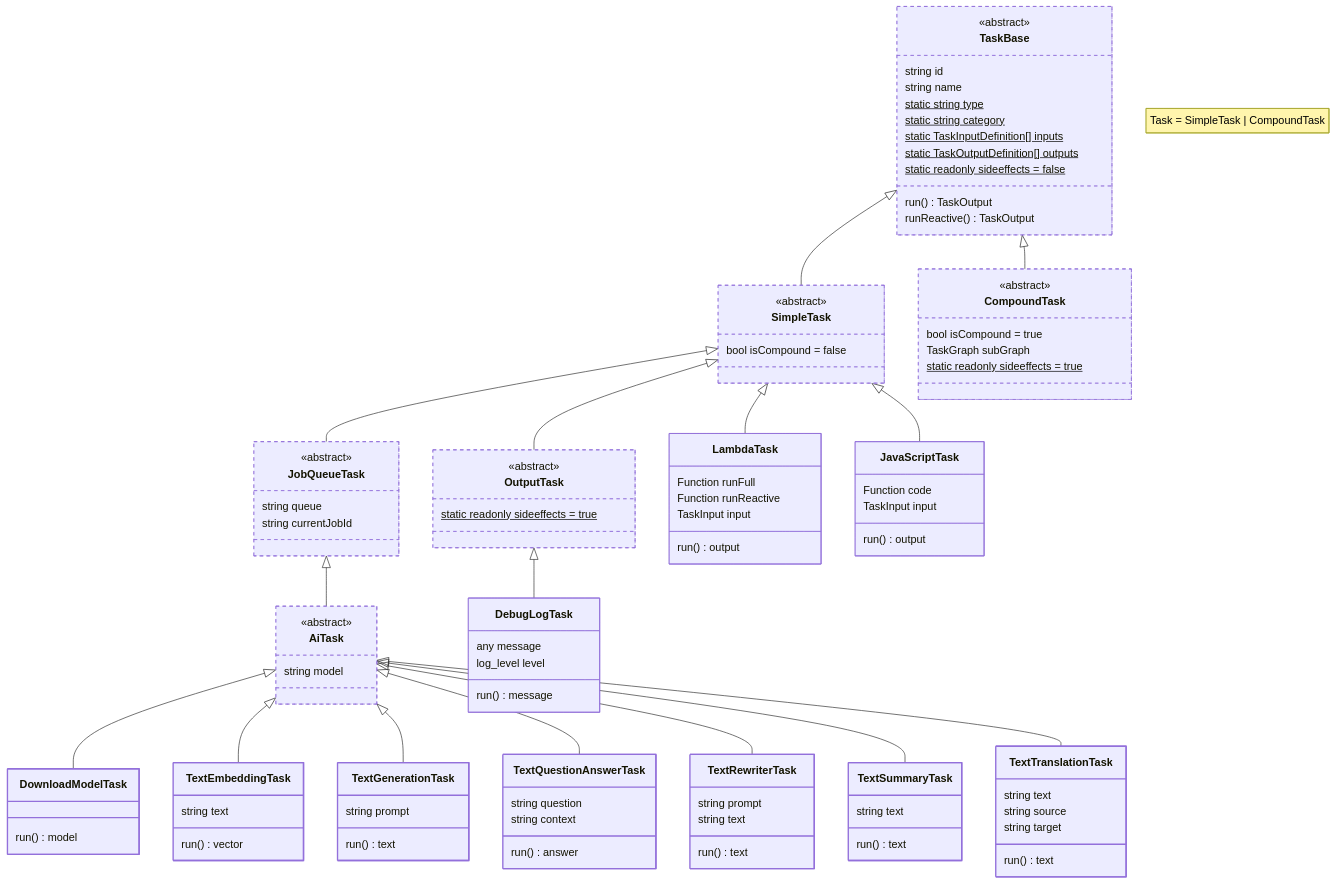
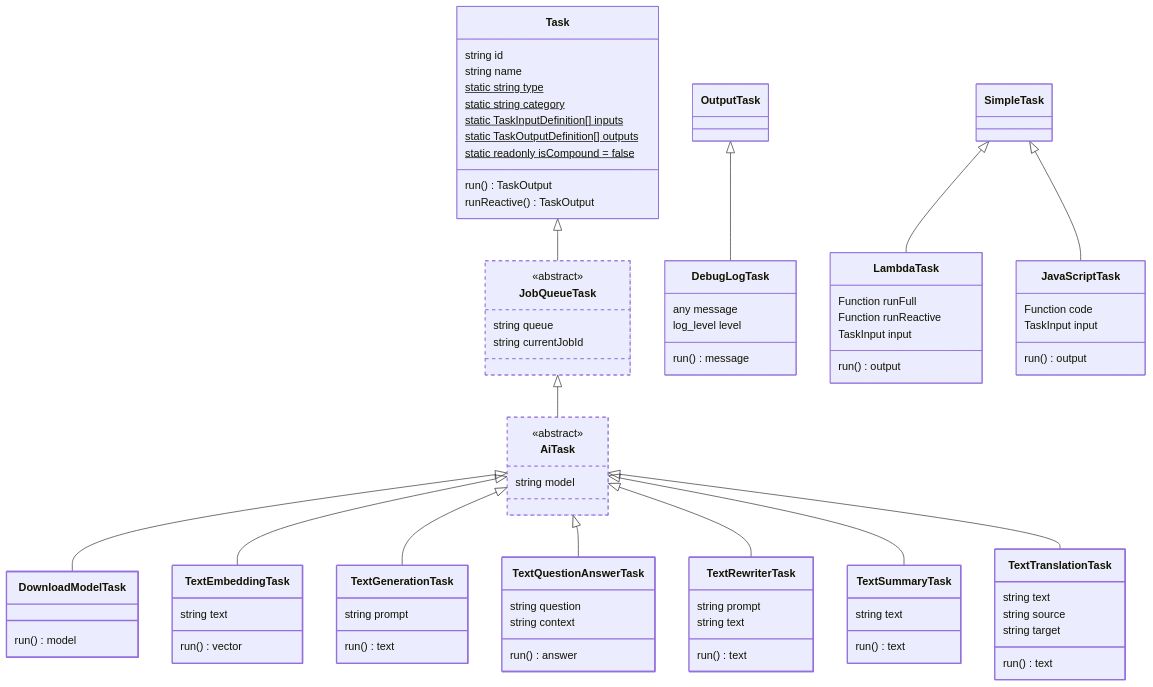
The second of 5 diagrams in docs/developers/02_architecture.md (PodleyAI/podley), drawn with Mermaid before and after one commit. The commit also changed other lines of this file and 47 other files, not shown here.

````diff
--- a/docs/developers/02_architecture.md
+++ b/docs/developers/02_architecture.md
@@ -112,51 +108,24 @@
 ```mermaid
 classDiagram
 
-    note "Task = SimpleTask | CompoundTask"
-
-    class TaskBase{
+    class Task{
       string id
       string name
       static string type$
       static string category$
       static TaskInputDefinition[] inputs$
       static TaskOutputDefinition[] outputs$
-      static readonly sideeffects = false$
+      static readonly isCompound = false$
       run() TaskOutput
       runReactive() TaskOutput
     }
-    <<abstract>> TaskBase
-    style TaskBase type:abstract,stroke-dasharray: 5 5
-
-    class SimpleTask{
-      bool isCompound = false
-    }
-    <<abstract>> SimpleTask
-    TaskBase <|-- SimpleTask
-    style SimpleTask type:abstract,stroke-dasharray: 5 5
-
-    class CompoundTask{
-      bool isCompound = true
-      TaskGraph subGraph
-      static readonly sideeffects = true$
-    }
-    <<abstract>> CompoundTask
-    TaskBase <|-- CompoundTask
-    style CompoundTask type:abstract,stroke-dasharray: 5 5
-
-    class OutputTask{
-      static readonly sideeffects = true$
-    }
-    <<abstract>> OutputTask
-    SimpleTask <|-- OutputTask
-    style OutputTask type:abstract,stroke-dasharray: 5 5
 
     class JobQueueTask{
       string queue
       string currentJobId
     }
     <<abstract>> JobQueueTask
-    SimpleTask <|-- JobQueueTask
+    Task <|-- JobQueueTask
     style JobQueueTask type:abstract,stroke-dasharray: 5 5
 
     class AiTask{
@@ -165,7 +134,6 @@
     <<abstract>> AiTask
     JobQueueTask <|-- AiTask
     style AiTask type:abstract,stroke-dasharray: 5 5
-
 
 
   class DownloadModelTask{
````
